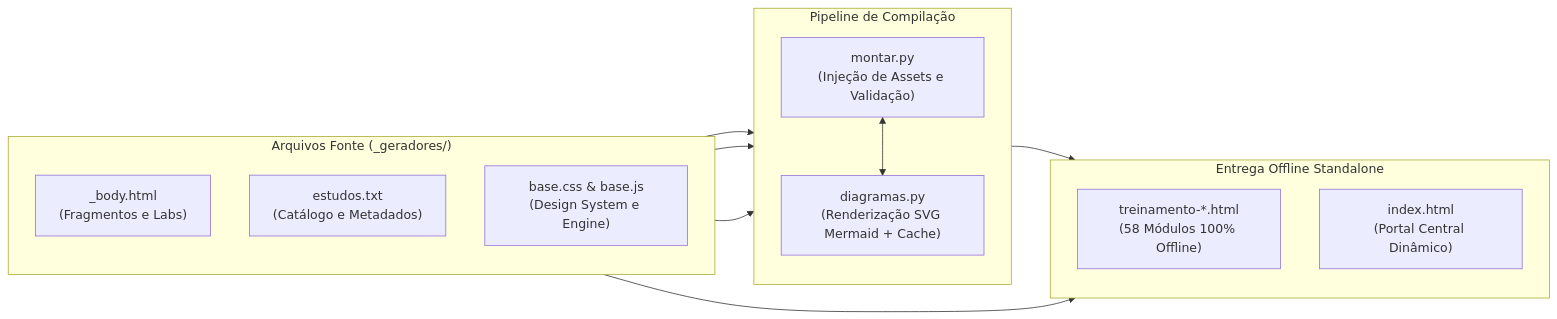
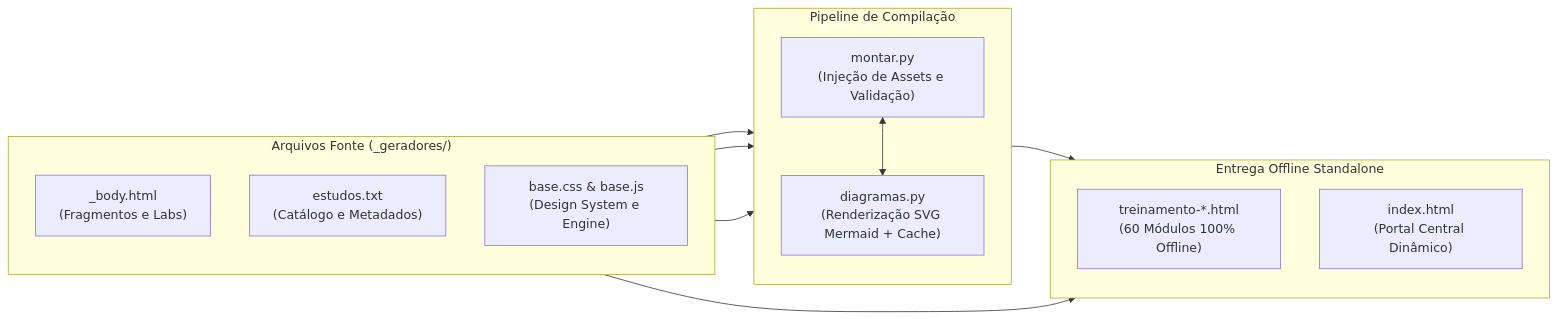
One commit to josemauromani/estudos-cyberseguranca changed the second of 2 diagrams in README.md. Above: the diagram before and after it, drawn with Mermaid. The commit also changed other lines of this file and 12 other files, not shown here.

````diff
--- a/README.md
+++ b/README.md
@@ -208,28 +213,28 @@
 ```mermaid
 flowchart LR
     subgraph Fontes["Arquivos Fonte (_geradores/)"]
         direction TB
         B["_body.html<br>(Fragmentos e Labs)"]
         E["estudos.txt<br>(Catálogo e Metadados)"]
         A["base.css & base.js<br>(Design System e Engine)"]
     end
 
     subgraph Compilacao["Pipeline de Compilação"]
         direction TB
         M["montar.py<br>(Injeção de Assets e Validação)"]
         D["diagramas.py<br>(Renderização SVG Mermaid + Cache)"]
         M <--> D
     end
 
     subgraph Saida["Entrega Offline Standalone"]
         direction TB
-        H["treinamento-*.html<br>(58 Módulos 100% Offline)"]
+        H["treinamento-*.html<br>(60 Módulos 100% Offline)"]
         I["index.html<br>(Portal Central Dinâmico)"]
     end
 
     B --> M
     E --> M
     A --> M
     M --> H
     E --> I
 ```
````
